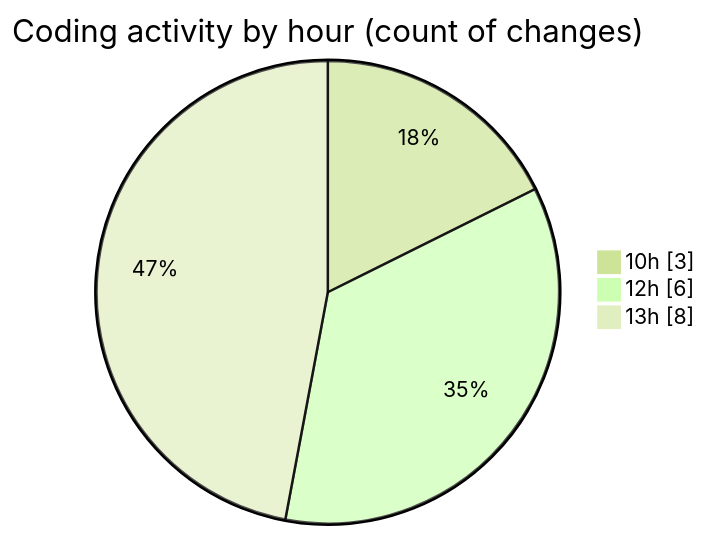
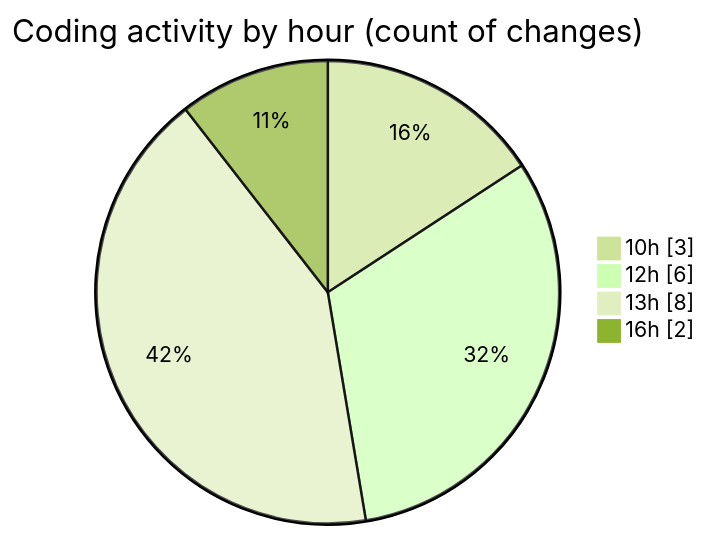
The second of 2 diagrams in 2025-10-30/nxtqube_webapp/README.md (nxtqubesakshisongat/code-tracking), drawn with Mermaid (forest theme) before and after one commit. The commit also changed other lines of this file and 1 other file, not shown here.

````diff
--- a/2025-10-30/nxtqube_webapp/README.md
+++ b/2025-10-30/nxtqube_webapp/README.md
@@ -39,7 +40,8 @@
 ```mermaid
 pie showData
 title Coding activity by hour (count of changes)
 "10h" : 3
 "12h" : 6
 "13h" : 8
+"16h" : 2
 ```
````
